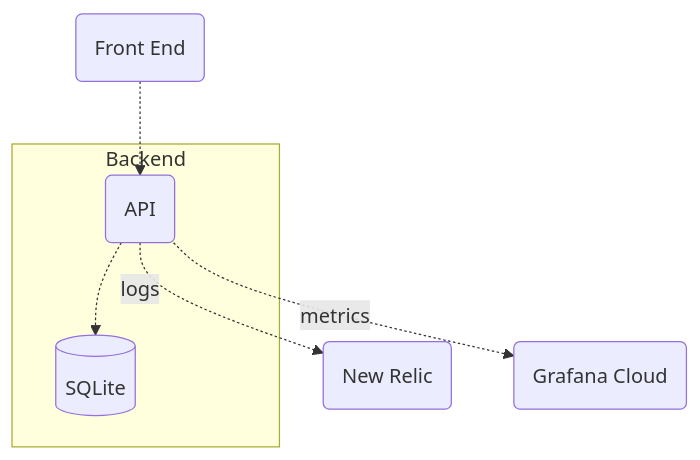
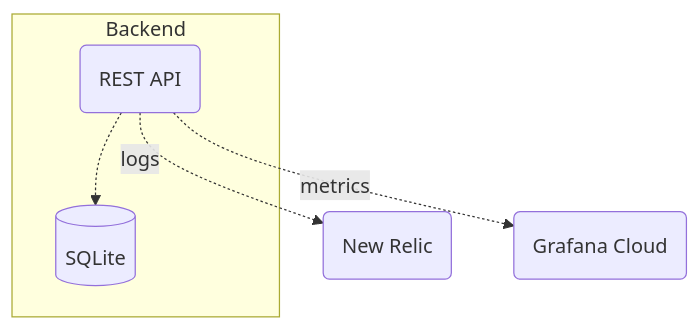
Before and after one commit to macielti/rango-graalvm: the diagram in README.md, drawn with Mermaid.

Commit message:
update diagram

````diff
--- a/README.md
+++ b/README.md
@@ -5,10 +5,9 @@
 ```mermaid
 flowchart TD
-    G(Front End) -.-> LB(API)
     subgraph Backend
-        LB -.-> Db[(SQLite)]
+        LB(REST API) -.-> Db[(SQLite)]
 
     end
     LB -.->|logs| LOGS(New Relic)
     LB -.->|metrics| MT(Grafana Cloud)
 ```
````
